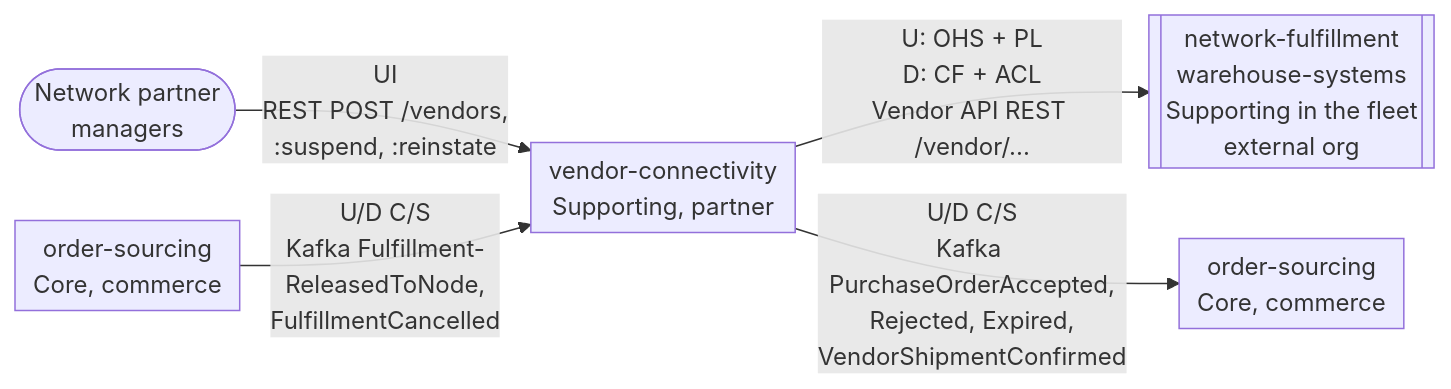
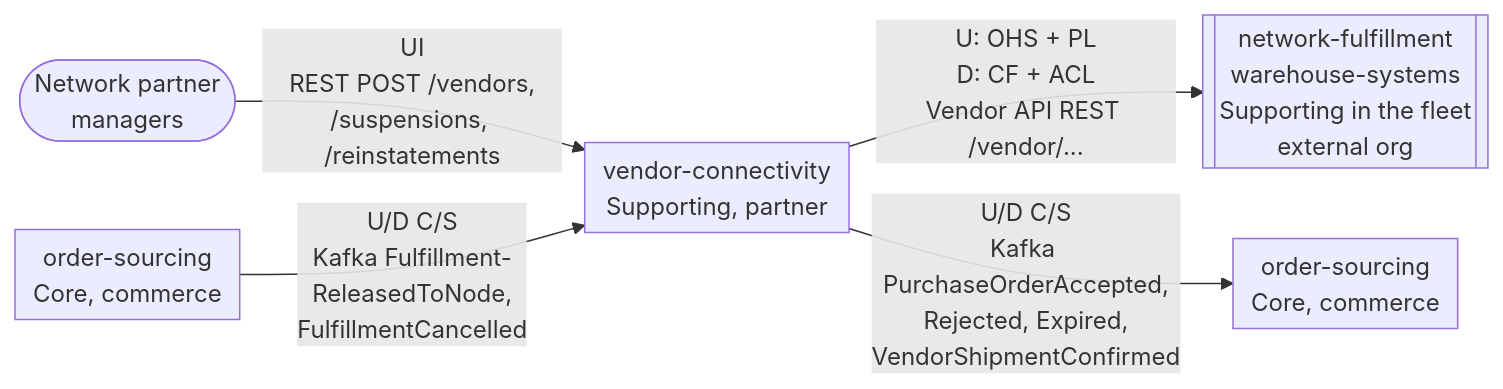
One commit to IQVO/vendor-connectivity changed the first of 2 diagrams in docs/docs/ddd/context-map.md. Above: the diagram before and after it, drawn with Mermaid. The commit also changed 64 other files, not shown here.

````diff
--- a/docs/docs/ddd/context-map.md
+++ b/docs/docs/ddd/context-map.md
@@ -20,13 +20,13 @@
 ```mermaid
 %%{init: {"flowchart": {"nodeSpacing": 14, "rankSpacing": 30, "padding": 6}}}%%
 flowchart LR
     PM(["Network partner<br/>managers"])
     OS1["order-sourcing<br/>Core, commerce"]
     VC["vendor-connectivity<br/>Supporting, partner"]
     NF[["network-fulfillment<br/>warehouse-systems<br/>Supporting in the fleet<br/>external org"]]
     OS2["order-sourcing<br/>Core, commerce"]
-    PM -->|"UI<br/>REST POST /vendors,<br/>:suspend, :reinstate"| VC
+    PM -->|"UI<br/>REST POST /vendors,<br/>/suspensions, /reinstatements"| VC
     OS1 -->|"U/D C/S<br/>Kafka Fulfillment-<br/>ReleasedToNode,<br/>FulfillmentCancelled"| VC
     VC -->|"U: OHS + PL<br/>D: CF + ACL<br/>Vendor API REST /vendor/..."| NF
     VC -->|"U/D C/S<br/>Kafka PurchaseOrderAccepted,<br/>Rejected, Expired,<br/>VendorShipmentConfirmed"| OS2
 ```
````
